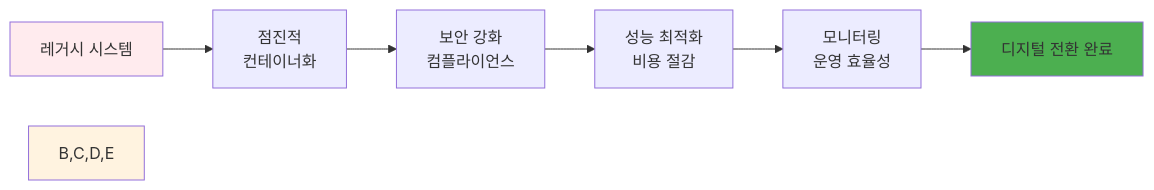
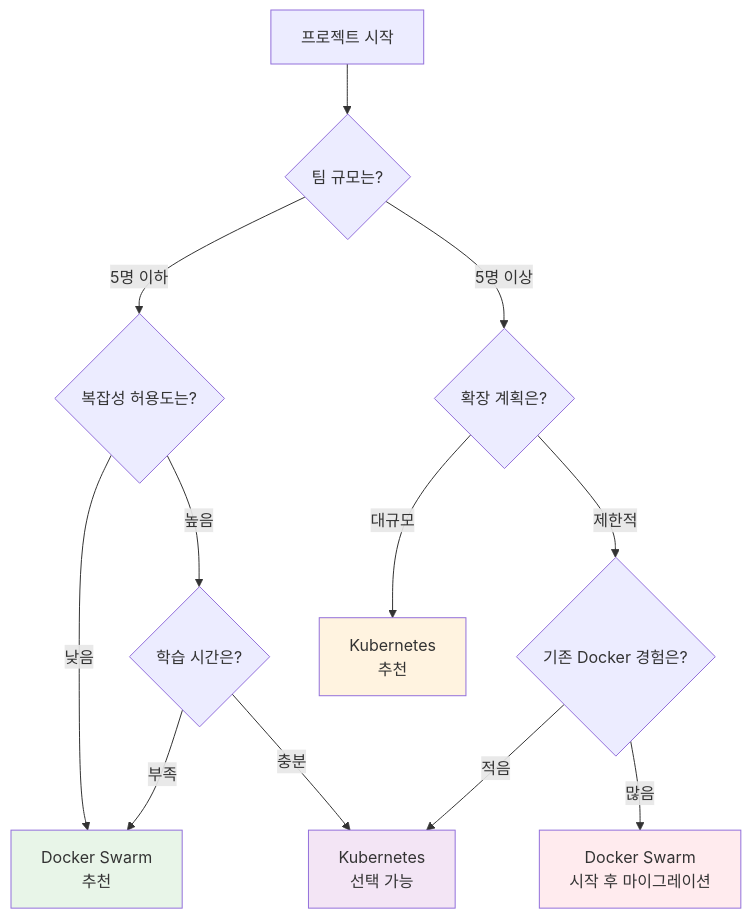
Before and after one commit to niceguy61/kdt_devops_lecture_2025: the fourth of 4 diagrams in theory/week_02/day4/session_1.md, drawn with Mermaid. The commit also changed other lines of this file and 70 other files, not shown here.

````diff
--- a/theory/week_02/day4/session_1.md
+++ b/theory/week_02/day4/session_1.md
@@ -182,12 +157,24 @@
 ```mermaid
-graph LR
-    A[레거시 시스템] --> B[점진적<br/>컨테이너화]
-    B --> C[보안 강화<br/>컴플라이언스]
-    C --> D[성능 최적화<br/>비용 절감]
-    D --> E[모니터링<br/>운영 효율성]
-    E --> F[디지털 전환 완료]
+graph TB
+    A[프로젝트 시작] --> B{팀 규모는?}
     
-    style A fill:#ffebee
-    style B,C,D,E fill:#fff3e0
-    style F fill:#4caf50
+    B -->|5명 이하| C{복잡성 허용도는?}
+    B -->|5명 이상| D{확장 계획은?}
+    
+    C -->|낮음| E[Docker Swarm<br/>추천]
+    C -->|높음| F{학습 시간은?}
+    
+    D -->|제한적| G{기존 Docker 경험은?}
+    D -->|대규모| H[Kubernetes<br/>추천]
+    
+    F -->|충분| I[Kubernetes<br/>선택 가능]
+    F -->|부족| E
+    
+    G -->|많음| J[Docker Swarm<br/>시작 후 마이그레이션]
+    G -->|적음| I
+    
+    style E fill:#e8f5e8
+    style H fill:#fff3e0
+    style I fill:#f3e5f5
+    style J fill:#ffebee
 ```
````
